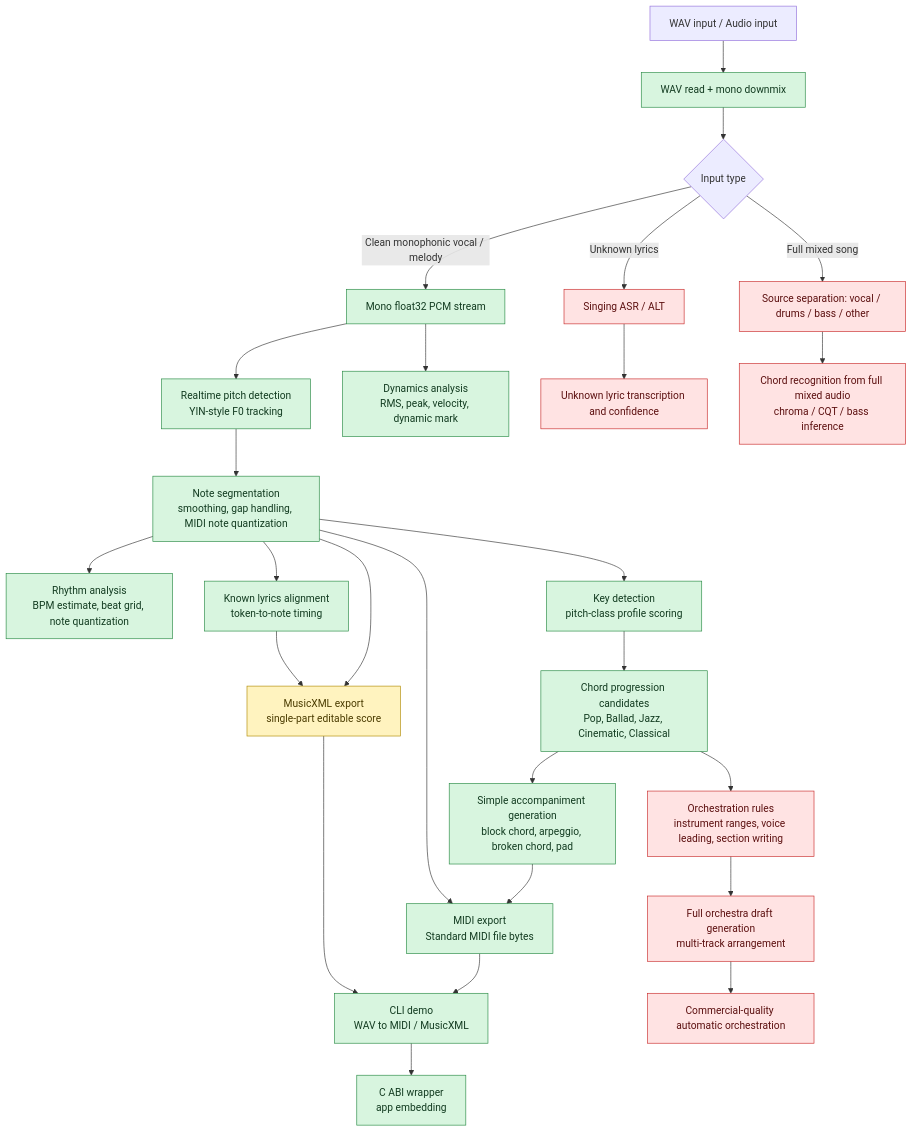
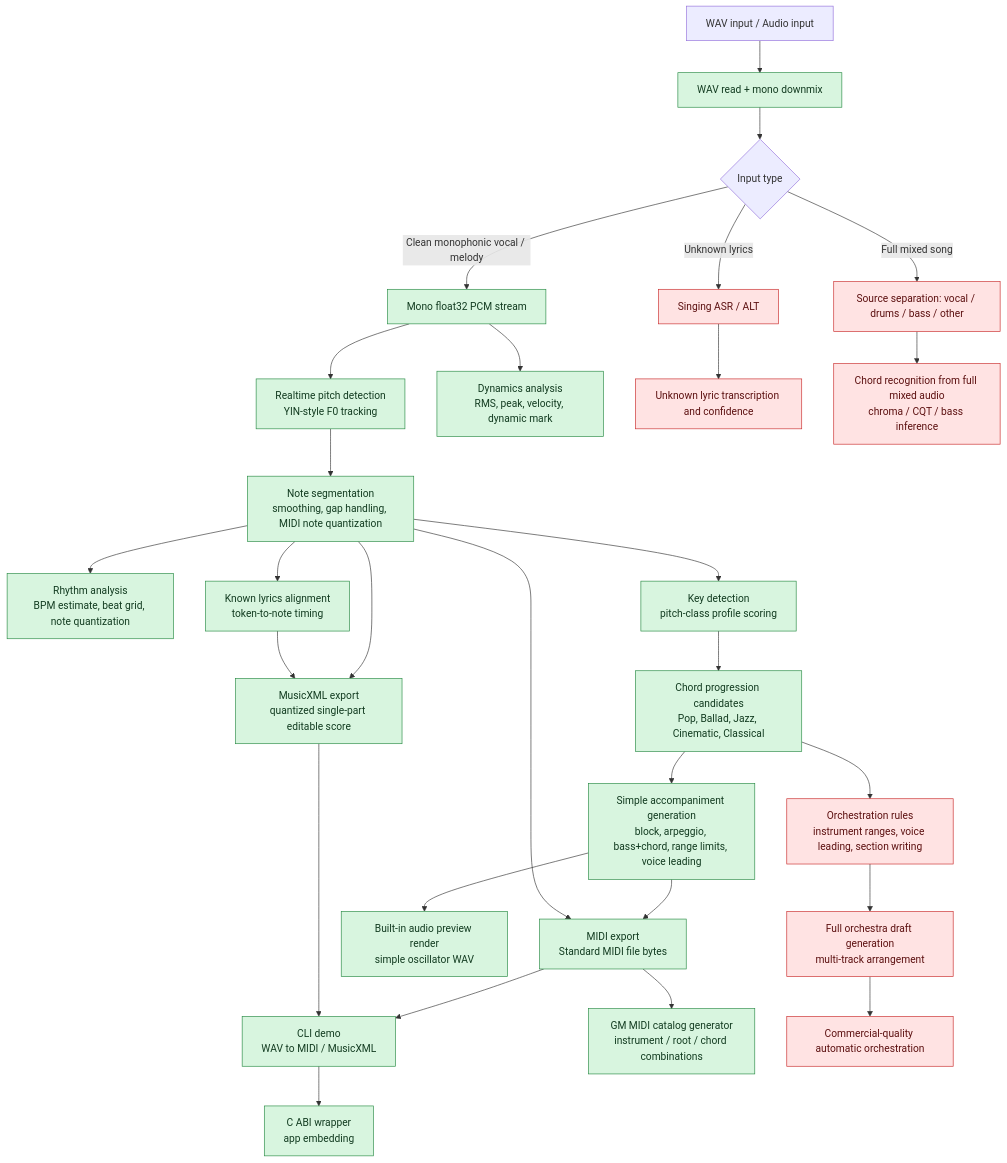
One commit to changweilin/music_elf changed the diagram in docs/algorithm_flow_status.md. Above: the diagram before and after it, drawn with Mermaid. The commit also changed other lines of this file and 26 other files, not shown here.

Commit message:
Implement quantized MusicXML score rendering

````diff
--- a/docs/algorithm_flow_status.md
+++ b/docs/algorithm_flow_status.md
@@ -9,42 +9,43 @@
 ```mermaid
 flowchart TD
     A["WAV input / Audio input"] --> A1["WAV read + mono downmix"]
     A1 --> B{"Input type"}
 
     B -->|Clean monophonic vocal / melody| C["Mono float32 PCM stream"]
     B -->|Full mixed song| U1["Source separation: vocal / drums / bass / other"]
     B -->|Unknown lyrics| U2["Singing ASR / ALT"]
 
     C --> D["Realtime pitch detection<br/>YIN-style F0 tracking"]
     D --> E["Note segmentation<br/>smoothing, gap handling, MIDI note quantization"]
     E --> F["Rhythm analysis<br/>BPM estimate, beat grid, note quantization"]
     C --> G["Dynamics analysis<br/>RMS, peak, velocity, dynamic mark"]
 
     E --> H["Known lyrics alignment<br/>token-to-note timing"]
     U2 --> H2["Unknown lyric transcription and confidence"]
 
     E --> I["Key detection<br/>pitch-class profile scoring"]
     I --> J["Chord progression candidates<br/>Pop, Ballad, Jazz, Cinematic, Classical"]
     U1 --> U3["Chord recognition from full mixed audio<br/>chroma / CQT / bass inference"]
 
-    J --> K["Simple accompaniment generation<br/>block chord, arpeggio, broken chord, pad"]
+    J --> K["Simple accompaniment generation<br/>block, arpeggio, bass+chord, range limits, voice leading"]
     K --> L["MIDI export<br/>Standard MIDI file bytes"]
+    K --> X4["Built-in audio preview render<br/>simple oscillator WAV"]
     E --> L
-    E --> M["MusicXML export<br/>single-part editable score"]
+    E --> M["MusicXML export<br/>quantized single-part editable score"]
     H --> M
     L --> X1["CLI demo<br/>WAV to MIDI / MusicXML"]
     M --> X1
     X1 --> X2["C ABI wrapper<br/>app embedding"]
+    L --> X3["GM MIDI catalog generator<br/>instrument / root / chord combinations"]
 
     J --> P1["Orchestration rules<br/>instrument ranges, voice leading, section writing"]
     P1 --> U4["Full orchestra draft generation<br/>multi-track arrangement"]
     U4 --> U5["Commercial-quality automatic orchestration"]
 
     classDef done fill:#d8f5df,stroke:#278a43,color:#123b20;
     classDef partial fill:#fff3bf,stroke:#b08900,color:#4a3b00;
     classDef todo fill:#ffe3e3,stroke:#c92a2a,color:#5c1010;
 
-    class A1,C,D,E,F,G,H,I,J,K,L,X1,X2 done;
-    class M partial;
+    class A1,C,D,E,F,G,H,I,J,K,L,M,X1,X2,X3,X4 done;
     class U1,U2,H2,U3,P1,U4,U5 todo;
 ```
````
